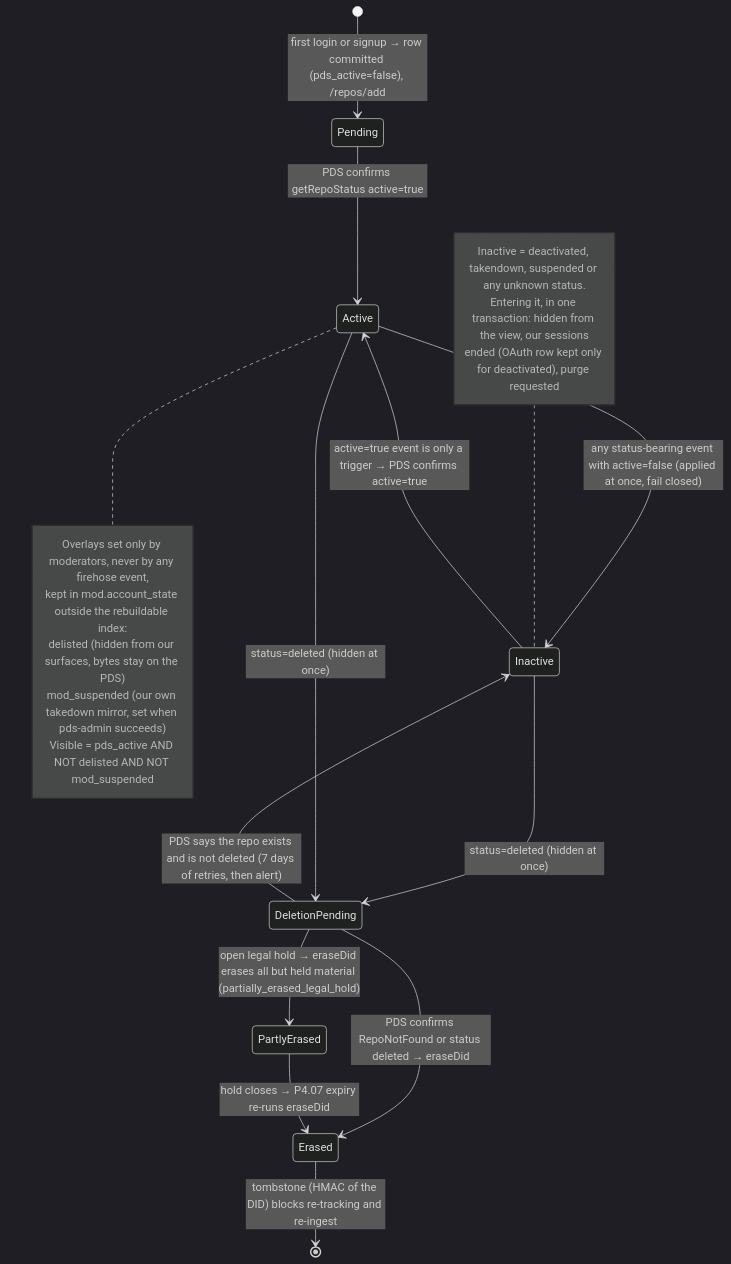
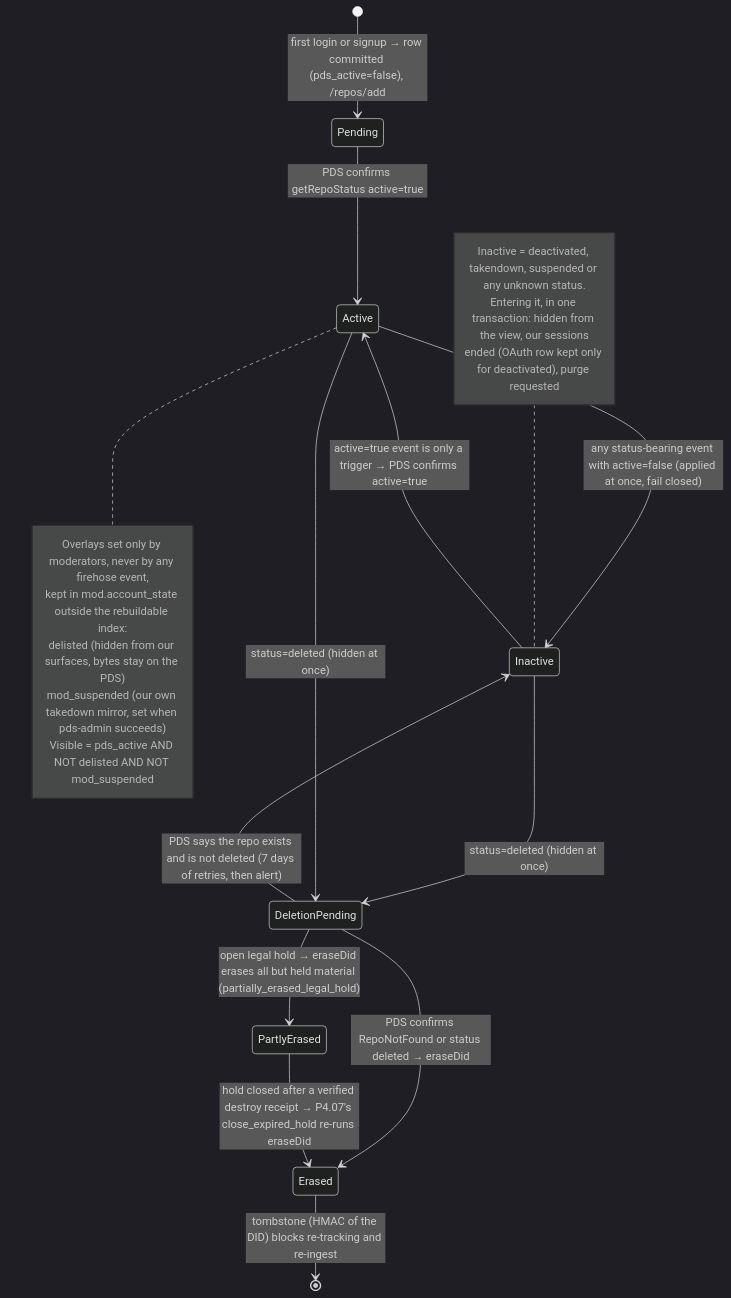
Before and after one commit to Undefined6799/unset: the third of 5 diagrams in docs/ai/book/phase-3.md, drawn with Mermaid (dark theme). The commit also changed other lines of this file and 7 other files, not shown here.

````diff
--- a/docs/ai/book/phase-3.md
+++ b/docs/ai/book/phase-3.md
@@ -225,26 +225,26 @@
 ```mermaid
 stateDiagram-v2
   [*] --> Pending: first login or signup → row committed (pds_active=false), /repos/add
   Pending --> Active: PDS confirms getRepoStatus active=true
   Active --> Inactive: any status-bearing event with active=false (applied at once, fail closed)
   Inactive --> Active: active=true event is only a trigger → PDS confirms active=true
   Inactive --> DeletionPending: status=deleted (hidden at once)
   Active --> DeletionPending: status=deleted (hidden at once)
   DeletionPending --> Erased: PDS confirms RepoNotFound or status deleted → eraseDid
   DeletionPending --> PartlyErased: open legal hold → eraseDid erases all but held material (partially_erased_legal_hold)
-  PartlyErased --> Erased: hold closes → P4.07 expiry re-runs eraseDid
+  PartlyErased --> Erased: hold closed after a verified destroy receipt → P4.07's close_expired_hold re-runs eraseDid
   DeletionPending --> Inactive: PDS says the repo exists and is not deleted (7 days of retries, then alert)
   Erased --> [*]: tombstone (HMAC of the DID) blocks re-tracking and re-ingest
   note right of Active
     Overlays set only by moderators, never by any firehose event,
     kept in mod.account_state outside the rebuildable index:
     delisted (hidden from our surfaces, bytes stay on the PDS)
     mod_suspended (our own takedown mirror, set when pds-admin succeeds)
     Visible = pds_active AND NOT delisted AND NOT mod_suspended
   end note
   note left of Inactive
     Inactive = deactivated, takendown, suspended or any unknown status.
     Entering it, in one transaction: hidden from the view, our sessions
     ended (OAuth row kept only for deactivated), purge requested
   end note
 ```
````
